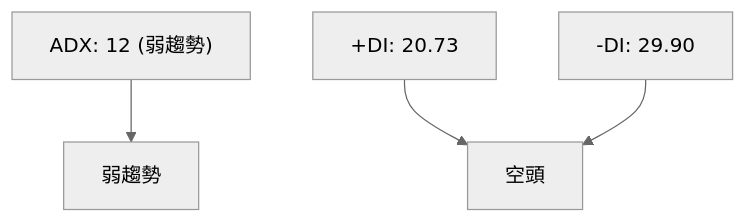
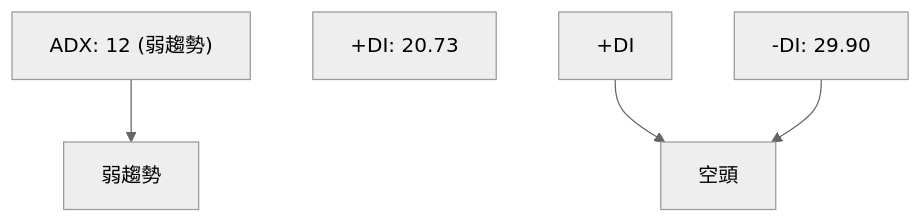
Before and after one commit to yennanliu/finance_data: the third of 9 diagrams in ai_gen_report/stock/pltr/technical_analysis_2026-05-14_openai.md, drawn with Mermaid (neutral theme). The commit also changed other lines of this file and 2258 other files, not shown here.

First line of the commit message:
chore: backfill Mermaid syntax repair across existing reports

````diff
--- a/ai_gen_report/stock/pltr/technical_analysis_2026-05-14_openai.md
+++ b/ai_gen_report/stock/pltr/technical_analysis_2026-05-14_openai.md
@@ -141,9 +141,9 @@
 ```mermaid
 graph TD
     ADX["ADX: 12 (弱趨勢)"]
     +DI["+DI: 20.73"]
     -DI["-DI: 29.90"]
     ADX --> 弱趨勢
-    +DI --> 空頭
+    nb1["+DI"] --> 空頭
     -DI --> 空頭
 ```
````
